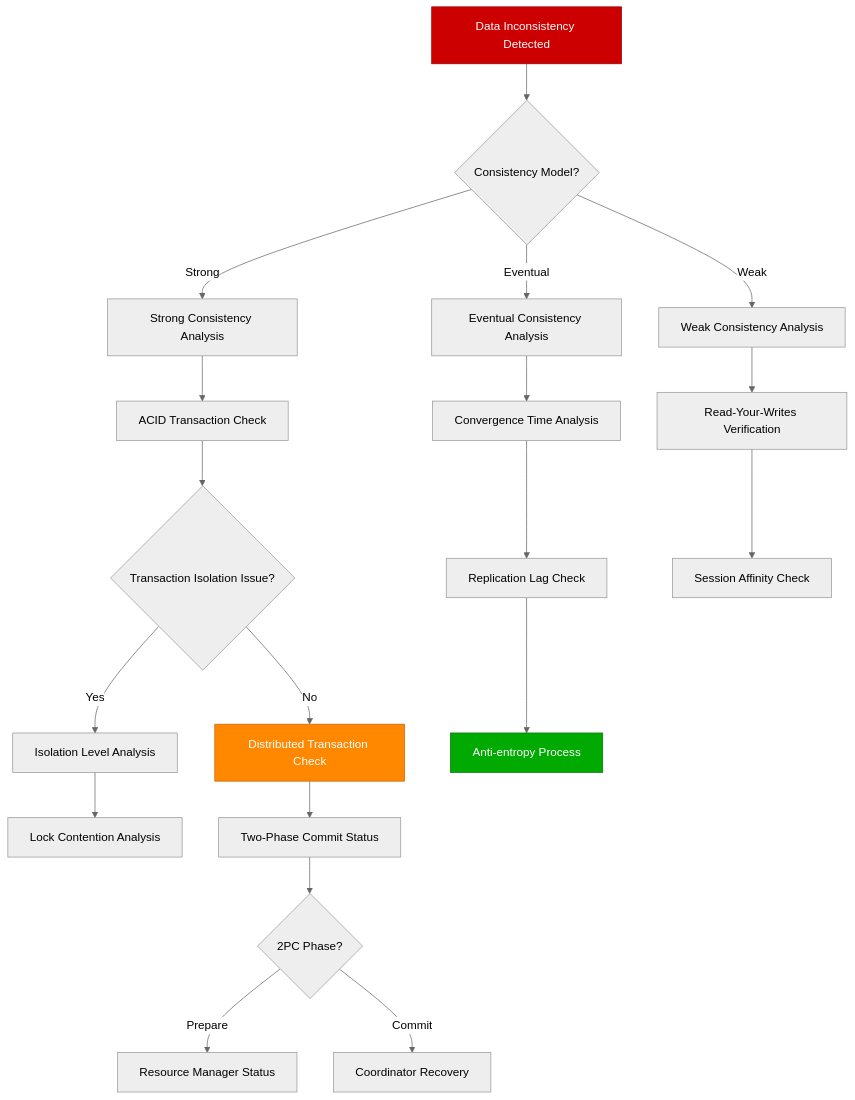
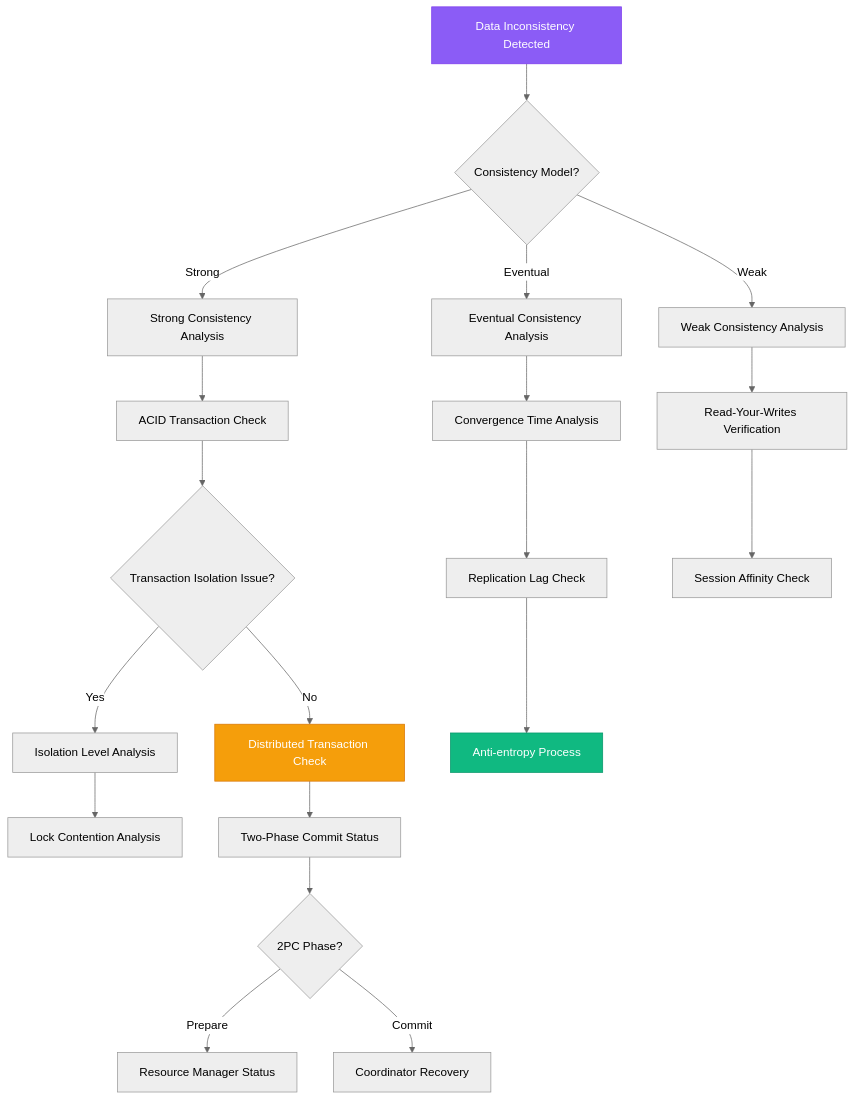
Before and after one commit to deepaucksharma/DS: the diagram in site/docs/debugging/data-inconsistency-resolution.md, drawn with Mermaid (neutral theme). The commit also changed 303 other files, not shown here.

````diff
--- a/site/docs/debugging/data-inconsistency-resolution.md
+++ b/site/docs/debugging/data-inconsistency-resolution.md
@@ -11,32 +11,32 @@
 ```mermaid
 graph TD
     A[Data Inconsistency Detected] --> B{Consistency Model?}
     B -->|Strong| C[Strong Consistency Analysis]
     B -->|Eventual| D[Eventual Consistency Analysis]
     B -->|Weak| E[Weak Consistency Analysis]
 
     C --> F[ACID Transaction Check]
     F --> G{Transaction Isolation Issue?}
 
     G -->|Yes| H[Isolation Level Analysis]
     G -->|No| I[Distributed Transaction Check]
 
     D --> J[Convergence Time Analysis]
     J --> K[Replication Lag Check]
 
     E --> L[Read-Your-Writes Verification]
 
     H --> M[Lock Contention Analysis]
     I --> N[Two-Phase Commit Status]
 
     K --> O[Anti-entropy Process]
     L --> P[Session Affinity Check]
 
     N --> Q{2PC Phase?}
     Q -->|Prepare| R[Resource Manager Status]
     Q -->|Commit| S[Coordinator Recovery]
 
-    style A fill:#CC0000,stroke:#990000,color:#fff
-    style I fill:#FF8800,stroke:#CC6600,color:#fff
-    style O fill:#00AA00,stroke:#007700,color:#fff
+    style A fill:#8B5CF6,stroke:#7C3AED,color:#fff
+    style I fill:#F59E0B,stroke:#D97706,color:#fff
+    style O fill:#10B981,stroke:#059669,color:#fff
 ```
````
